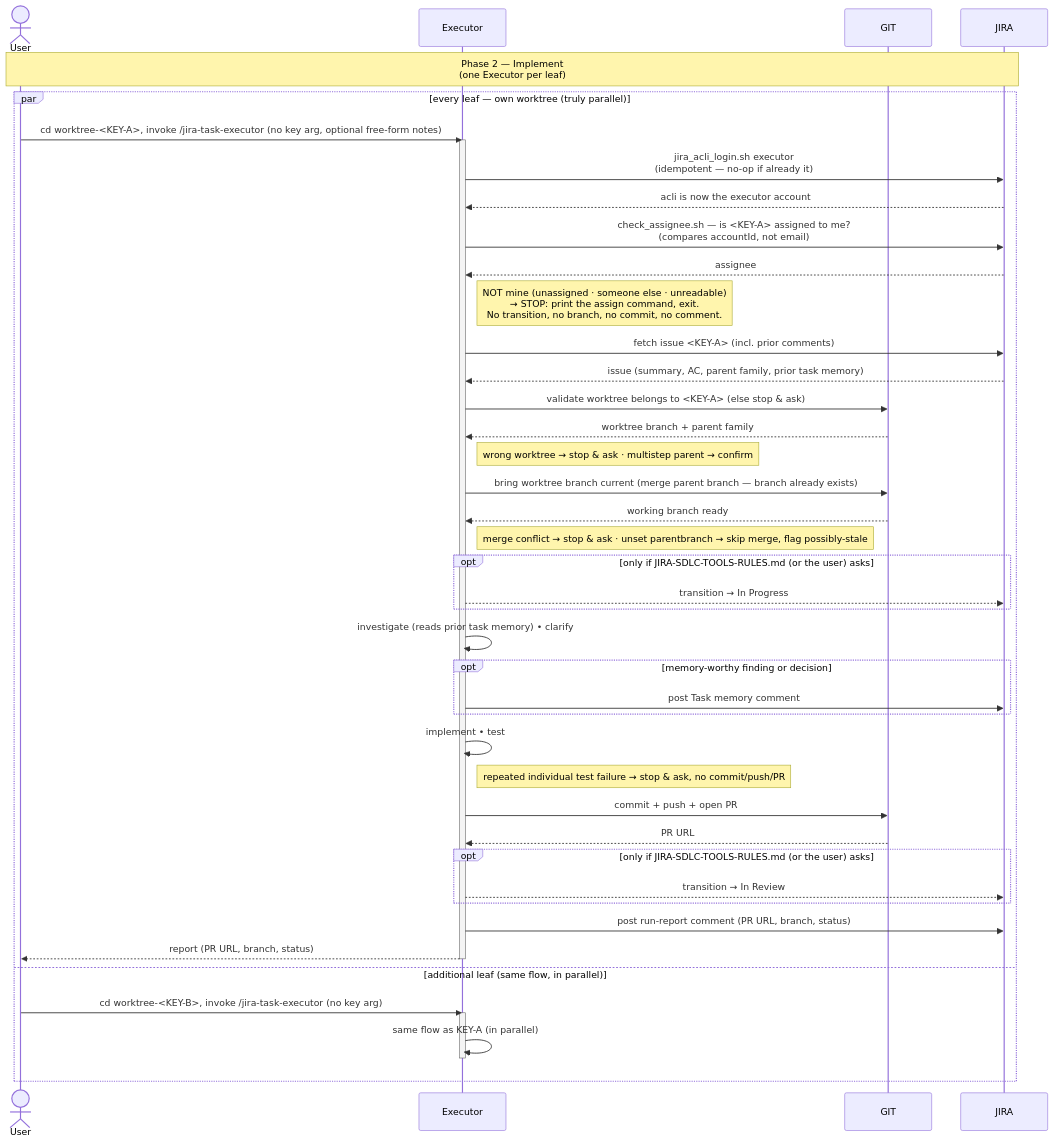
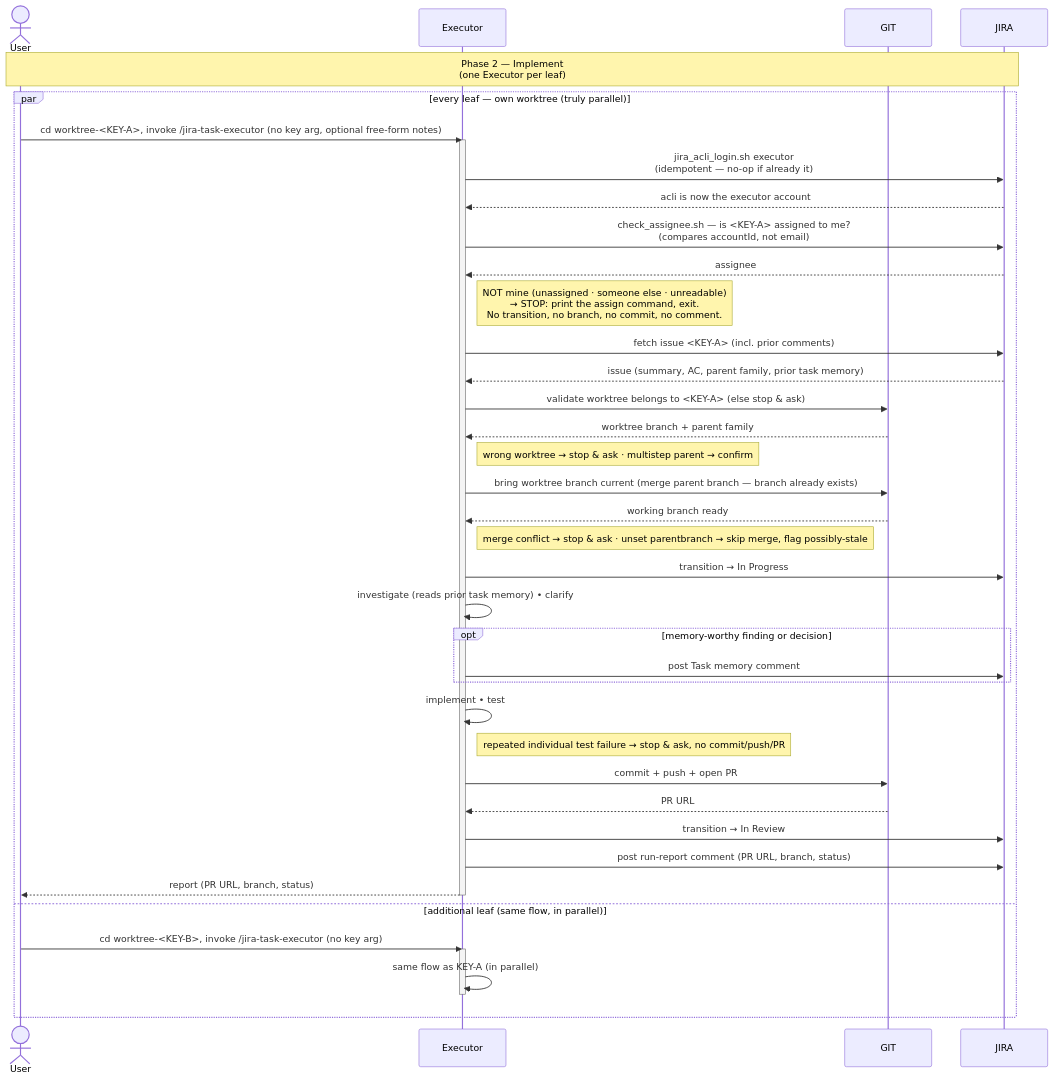
The diagram in plugins/jira-sdlc/docs/TASK-LIFECYCLE-PHASE-2.md (kantorv/jira-sdlc-tools), drawn with Mermaid before and after one commit. The commit also changed other lines of this file and 11 other files, not shown here.

````diff
--- a/plugins/jira-sdlc/docs/TASK-LIFECYCLE-PHASE-2.md
+++ b/plugins/jira-sdlc/docs/TASK-LIFECYCLE-PHASE-2.md
@@ -19,49 +19,45 @@
 ```mermaid
 sequenceDiagram
     actor User
     participant Executor
     participant GIT
     participant JIRA
 
     Note over User,JIRA: Phase 2 — Implement<br/>(one Executor per leaf)
 
     par every leaf — own worktree (truly parallel)
         User->>Executor: cd worktree-<KEY-A>, invoke /jira-task-executor (no key arg, optional free-form notes)
         activate Executor
         Executor->>JIRA: jira_acli_login.sh executor<br/>(idempotent — no-op if already it)
         JIRA-->>Executor: acli is now the executor account
         Executor->>JIRA: check_assignee.sh — is <KEY-A> assigned to me?<br/>(compares accountId, not email)
         JIRA-->>Executor: assignee
         Note right of Executor: NOT mine (unassigned · someone else · unreadable)<br/>→ STOP: print the assign command, exit.<br/>No transition, no branch, no commit, no comment.
         Executor->>JIRA: fetch issue <KEY-A> (incl. prior comments)
         JIRA-->>Executor: issue (summary, AC, parent family, prior task memory)
         Executor->>GIT: validate worktree belongs to <KEY-A> (else stop & ask)
         GIT-->>Executor: worktree branch + parent family
         Note right of Executor: wrong worktree → stop & ask · multistep parent → confirm
         Executor->>GIT: bring worktree branch current (merge parent branch — branch already exists)
         GIT-->>Executor: working branch ready
         Note right of Executor: merge conflict → stop & ask · unset parentbranch → skip merge, flag possibly-stale
-        opt only if JIRA-SDLC-TOOLS-RULES.md (or the user) asks
-            Executor-->>JIRA: transition → In Progress
-        end
+        Executor->>JIRA: transition → In Progress
         Executor->>Executor: investigate (reads prior task memory) • clarify
         opt memory-worthy finding or decision
             Executor->>JIRA: post Task memory comment
         end
         Executor->>Executor: implement • test
         Note right of Executor: repeated individual test failure → stop & ask, no commit/push/PR
         Executor->>GIT: commit + push + open PR
         GIT-->>Executor: PR URL
-        opt only if JIRA-SDLC-TOOLS-RULES.md (or the user) asks
-            Executor-->>JIRA: transition → In Review
-        end
+        Executor->>JIRA: transition → In Review
         Executor->>JIRA: post run-report comment (PR URL, branch, status)
         Executor-->>User: report (PR URL, branch, status)
         deactivate Executor
     and additional leaf (same flow, in parallel)
         User->>Executor: cd worktree-<KEY-B>, invoke /jira-task-executor (no key arg)
         activate Executor
         Executor->>Executor: same flow as KEY-A (in parallel)
         deactivate Executor
     end
 ```
````
